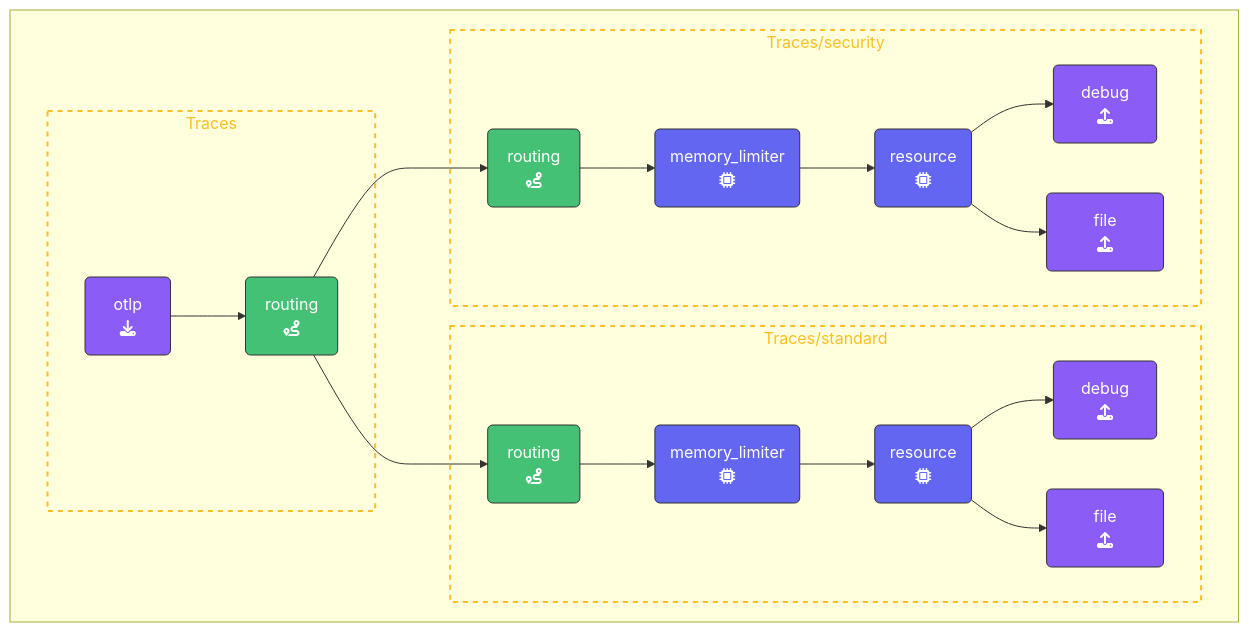
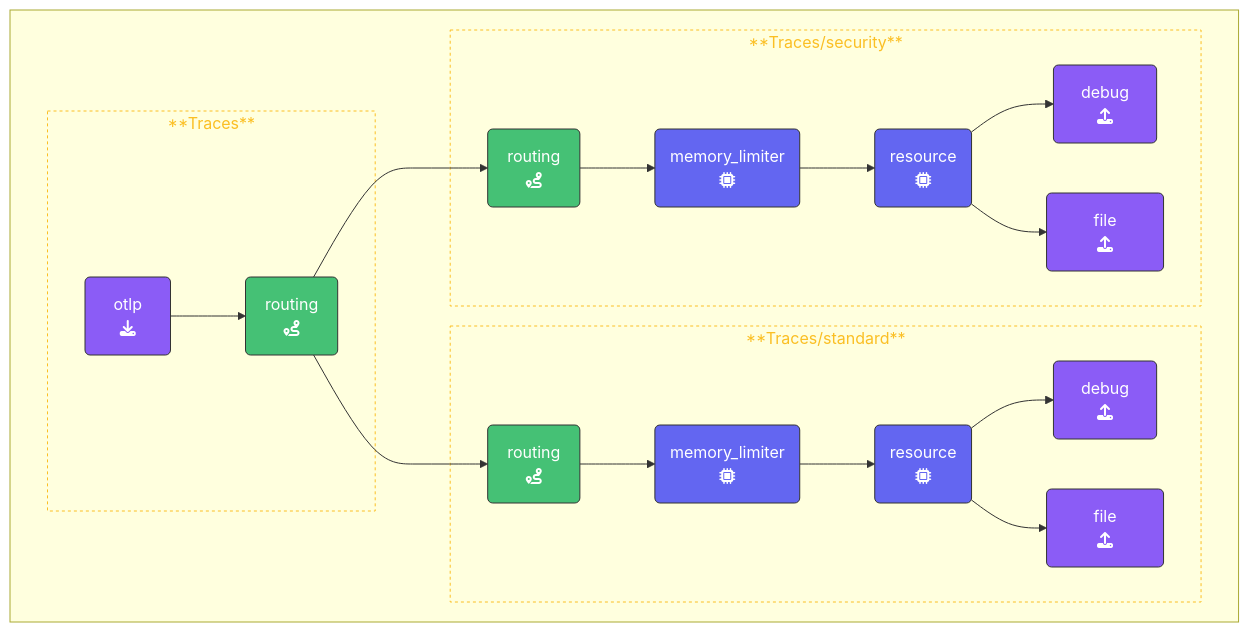
The diagram in content/en/ninja-workshops/10-advanced-otel/8-routing/_index.md (splunk/observability-workshop), drawn with Mermaid before and after one commit. The commit also changed 8 other files, not shown here.

Commit message:
Mermaid styling

````diff
--- a/content/en/ninja-workshops/10-advanced-otel/8-routing/_index.md
+++ b/content/en/ninja-workshops/10-advanced-otel/8-routing/_index.md
@@ -146,45 +146,45 @@
 ```mermaid
 %%{init:{"fontFamily":"monospace"}}%%
 graph LR
     %% Nodes
       REC1(&nbsp;&nbsp;&nbsp;otlp&nbsp;&nbsp;&nbsp;<br>fa:fa-download):::receiver
       PRO1(memory_limiter<br>fa:fa-microchip):::processor
       PRO2(memory_limiter<br>fa:fa-microchip):::processor
       PRO3(resource<br>fa:fa-microchip):::processor
       PRO4(resource<br>fa:fa-microchip):::processor
       EXP1(&nbsp;&ensp;debug&nbsp;&ensp;<br>fa:fa-upload):::exporter
       EXP2(&emsp;&emsp;file&emsp;&emsp;<br>fa:fa-upload):::exporter
       EXP3(&nbsp;&ensp;debug&nbsp;&ensp;<br>fa:fa-upload):::exporter
       EXP4(&emsp;&emsp;file&emsp;&emsp;<br>fa:fa-upload):::exporter
       ROUTE1(&nbsp;routing&nbsp;<br>fa:fa-route):::con-export
       ROUTE2(&nbsp;routing&nbsp;<br>fa:fa-route):::con-receive
       ROUTE3(&nbsp;routing&nbsp;<br>fa:fa-route):::con-receive
     %% Links
     subID1:::sub-traces
     subID2:::sub-traces
     subID3:::sub-traces
     subgraph " "
     direction LR
-      subgraph subID1[Traces]
+      subgraph subID1[**Traces**]
       REC1 --> ROUTE1
       end
-      subgraph subID2[Traces/standard]
+      subgraph subID2[**Traces/standard**]
       ROUTE1 --> ROUTE2
       ROUTE2 --> PRO1
       PRO1 --> PRO3
       PRO3 --> EXP1
       PRO3 --> EXP2
       end
-      subgraph subID3[Traces/security]
+      subgraph subID3[**Traces/security**]
       ROUTE1 --> ROUTE3
       ROUTE3 --> PRO2
       PRO2 --> PRO4
       PRO4 --> EXP3
       PRO4 --> EXP4
       end
     end
 classDef receiver,exporter fill:#8b5cf6,stroke:#333,stroke-width:1px,color:#fff;
 classDef processor fill:#6366f1,stroke:#333,stroke-width:1px,color:#fff;
 classDef con-receive,con-export fill:#45c175,stroke:#333,stroke-width:1px,color:#fff;
-classDef sub-traces stroke:#fbbf24,stroke-width:2px, color:#fbbf24,stroke-dasharray: 5 5;
+classDef sub-traces stroke:#fbbf24,stroke-width:1px, color:#fbbf24,stroke-dasharray: 3 3;
 ```
````
